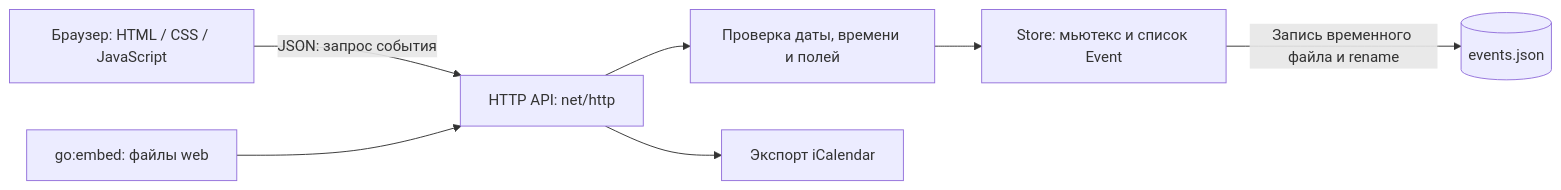
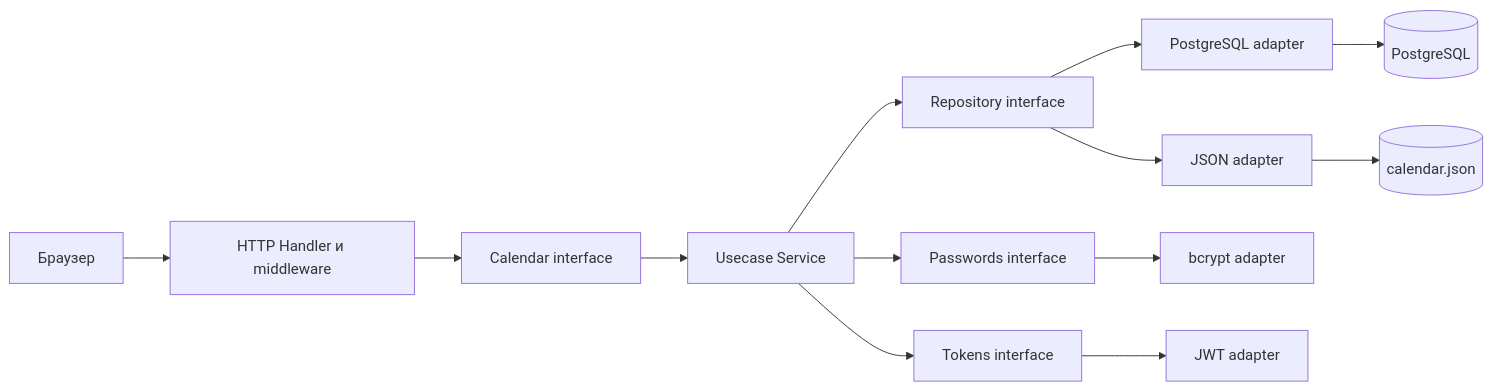
The first of 2 diagrams in docs/architecture.md (AndreySvistunovHSEMIEM/calendar), drawn with Mermaid before and after one commit. The commit also changed other lines of this file and 55 other files, not shown here.

````diff
--- a/docs/architecture.md
+++ b/docs/architecture.md
@@ -3,9 +8,15 @@
 ```mermaid
 flowchart LR
-  Browser[Браузер: HTML / CSS / JavaScript] -->|JSON: запрос события| HTTP[HTTP API: net/http]
-  HTTP --> Validation[Проверка даты, времени и полей]
-  Validation --> Store[Store: мьютекс и список Event]
-  Store -->|Запись временного файла и rename| JSON[(events.json)]
-  HTTP --> ICS[Экспорт iCalendar]
-  Embedded[go:embed: файлы web] --> HTTP
+  Browser[Браузер] --> Delivery[HTTP Handler и middleware]
+  Delivery --> Calendar[Calendar interface]
+  Calendar --> Service[Usecase Service]
+  Service --> Port[Repository interface]
+  Port --> PG[PostgreSQL adapter]
+  Port --> JSON[JSON adapter]
+  PG --> DB[(PostgreSQL)]
+  JSON --> File[(calendar.json)]
+  Service --> Passwords[Passwords interface]
+  Service --> Tokens[Tokens interface]
+  Passwords --> Bcrypt[bcrypt adapter]
+  Tokens --> JWT[JWT adapter]
 ```
````
